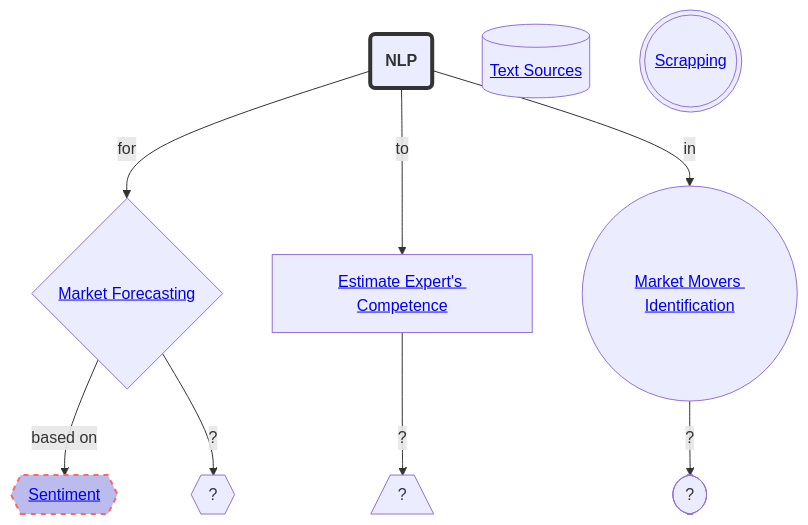
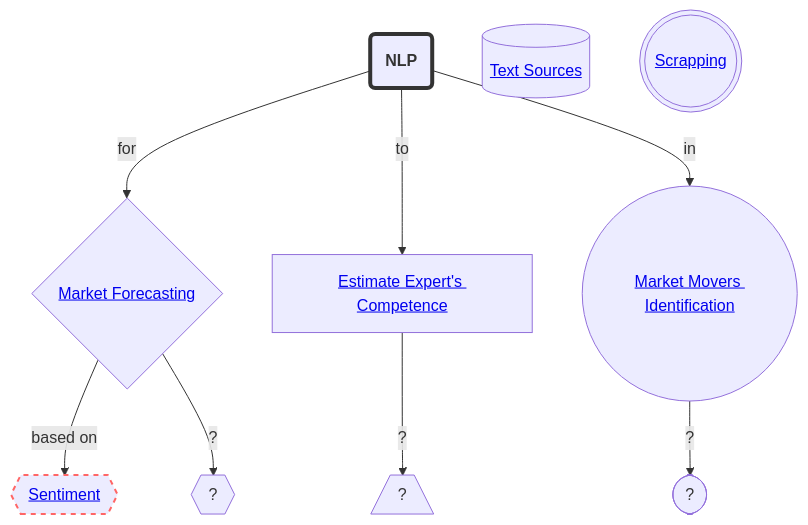
One commit to completelyboofyblitzed/STOCK-MARKET-NLP changed the diagram in README.md. Above: the diagram before and after it, drawn with Mermaid.

````diff
--- a/README.md
+++ b/README.md
@@ -8,22 +8,22 @@
 ```mermaid
 %%{init: {"theme": "default","fontFamily": "cursive", "sequence": { "securityLevel":"loose" }}}%%
 graph TD
     classDef containers fill:#E6E1F7
     
     %% styling the nodes and arrors https://dompl.medium.com/produce-great-looking-flowcharts-in-seconds-7f3bea64f2e2
     %% mermaid editor https://mermaid.live
     
     A(<b>NLP</b>) -->|for| C{<a href='https://github.com/completelyboofyblitzed/NLP-in-STOCK-MARKET/blob/main/README.md#market-forecasting'>Market Forecasting</a>} 
     style A stroke:#333,stroke-width:4px
     J[(<a href='https://github.com/completelyboofyblitzed/NLP-in-STOCK-MARKET/blob/main/README.md#text-sources'>Text Sources</a>)]
     S(((<a href='https://github.com/completelyboofyblitzed/NLP-in-STOCK-MARKET/blob/main/README.md#scrapping'>Scrapping</a>)))
     A -->|to| E[<a href='https://github.com/completelyboofyblitzed/NLP-in-STOCK-MARKET/blob/main/README.md#experts-competence-estimation'>Estimate Expert's Competence</a>]
     A -->|in| M((<a href='https://github.com/completelyboofyblitzed/NLP-in-STOCK-MARKET/blob/main/README.md#market-movers-identification'>Market Movers Identification</a>))
     C -->|based on| D{{<a href='https://github.com/completelyboofyblitzed/NLP-in-STOCK-MARKET/blob/main/README.md#sentiment-based' >Sentiment</a>}}
     C -->|?| B{{?}}
-    style D fill:#bbe,stroke:#f66,stroke-width:2px,color:#fff,stroke-dasharray: 5 5,text-decoration: none
+    style D stroke:#f66,stroke-width:2px,color:#fff,stroke-dasharray: 5 5,text-decoration: none
     %% click B href "https://github.com/completelyboofyblitzed/NLP-in-STOCK-MARKET#sentiment-based" "This is a tooltip for a link"
     E -->|?| F[/?\]
     M -->|?| Q([?])
     %% class A,B,C,E,E,M,F,Q containers;
 ```
````
